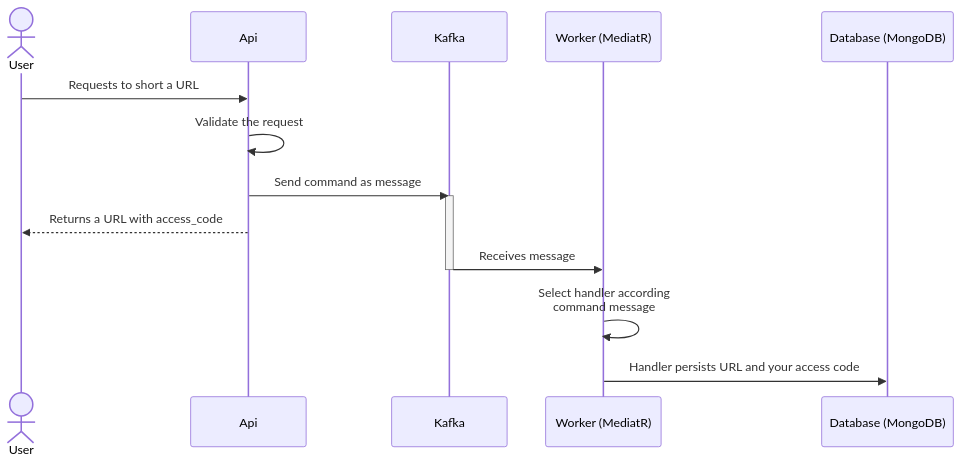
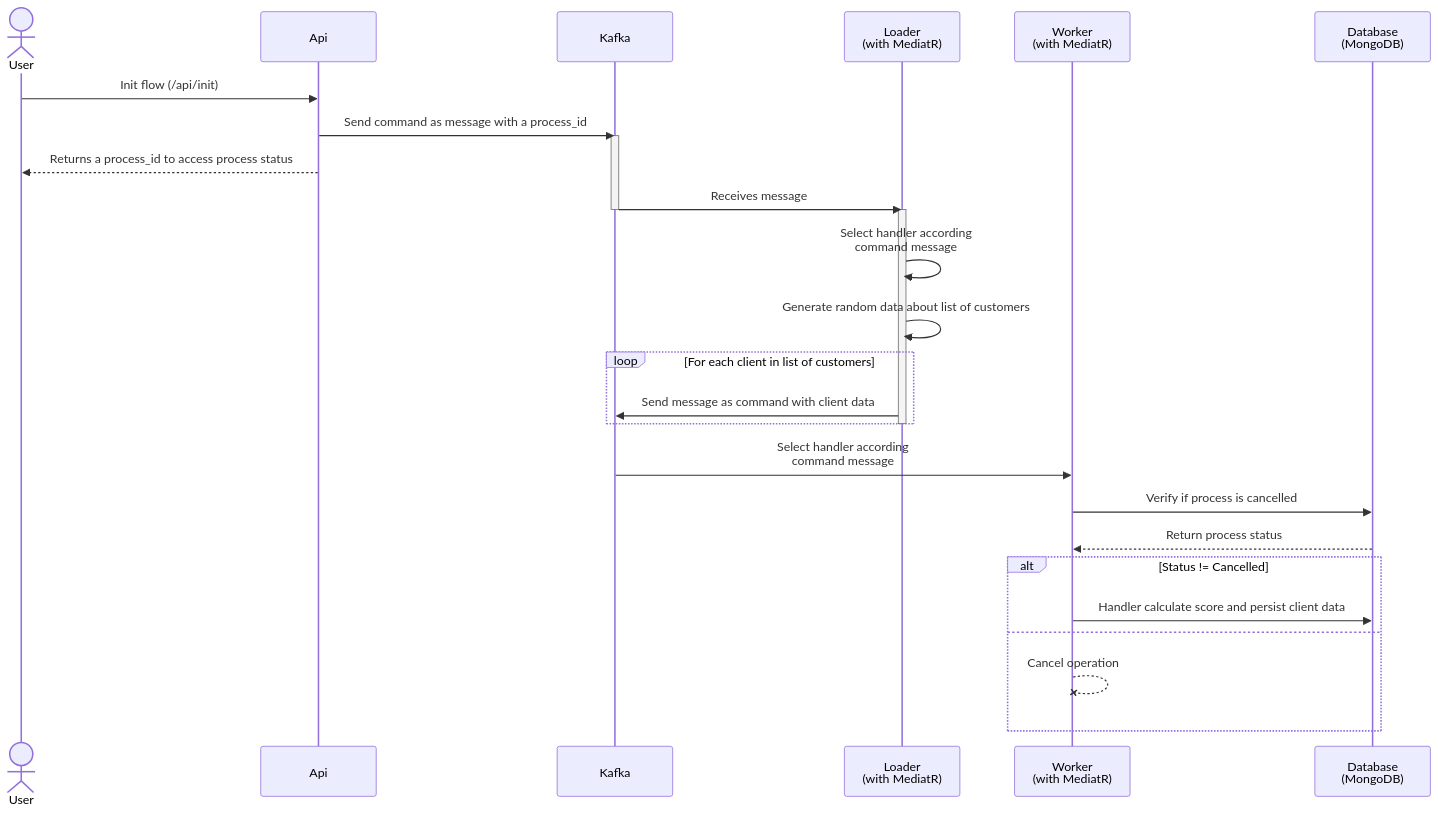
The second of 4 diagrams in sample-02/README.md (luanmds/kafka-dotnet-study), drawn with Mermaid before and after one commit. The commit also changed other lines of this file and 55 other files, not shown here.

````diff
--- a/sample-02/README.md
+++ b/sample-02/README.md
@@ -23,19 +35,35 @@
 ```mermaid
     sequenceDiagram
         actor User
         participant Api as Api
         participant K as Kafka 
-        participant W as Worker (MediatR)
-        participant DB as Database (MongoDB)
+        participant L as Loader <br/> (with MediatR)
+        participant W as Worker <br/> (with MediatR)
+        participant DB as Database <br/> (MongoDB)
         
-        User->>Api: Requests to short a URL
-        Api->>Api: Validate the request
-        Api->>K: Send command as message
+        User->>Api: Init flow (/api/init)
+        Api->>K: Send command as message with a process_id 
         activate K
-        Api-->>User: Returns a URL with access_code
-        K->>W: Receives message
+        Api-->>User: Returns a process_id to access process status
+        K->>L: Receives message
         deactivate K
+        
+        activate L
+        L->>L: Select handler according <br/> command message 
+        L->>L: Generate random data about list of customers
+        loop For each client in list of customers
+            L->>K: Send message as command with client data
+        end
+        deactivate L
 
-        W->>W: Select handler according <br/> command message
-        W->>DB: Handler persists URL and your access code  
+        K->>W: Select handler according <br/> command message 
+        W->>DB: Verify if process is cancelled
+        DB-->>W: Return process status
+
+        alt Status != Cancelled
+            W->>DB: Handler calculate score and persist client data 
+        else
+            W--xW: Cancel operation
+        end
+         
 ```
````
